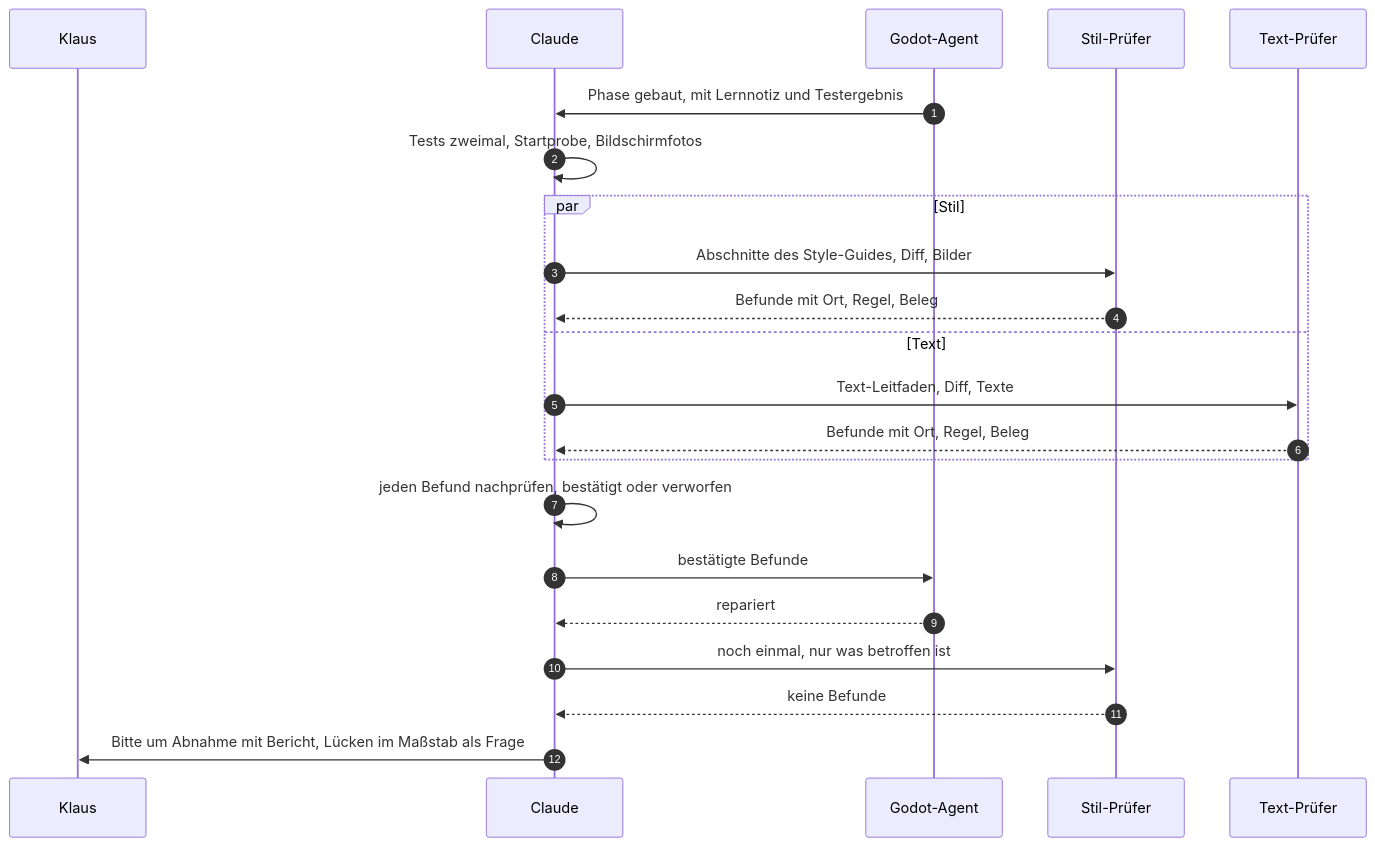
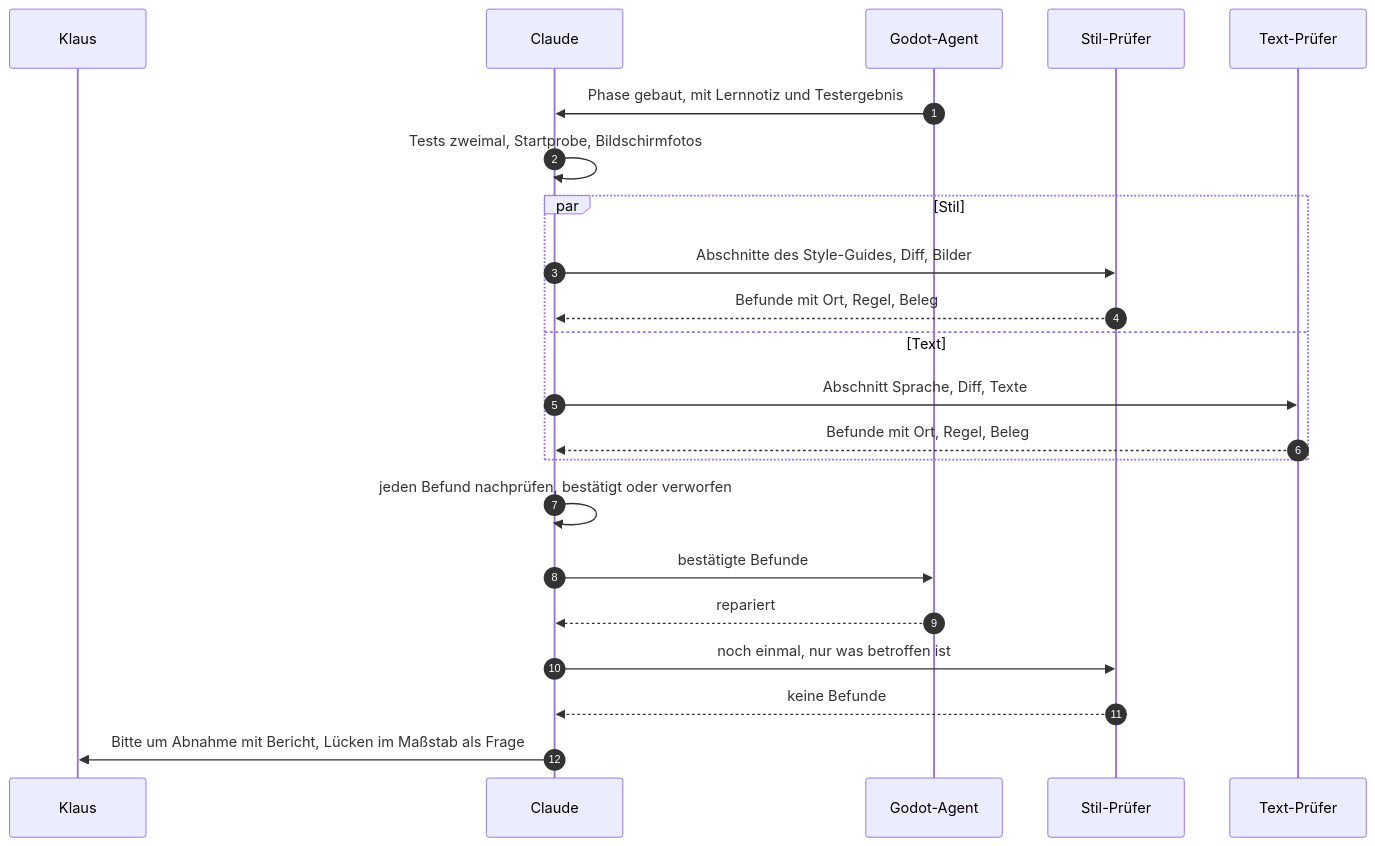
The second of 3 diagrams in docs/ki_workflow/ki_pruefung.md (klausmoster/DerComputerladen), drawn with Mermaid before and after one commit. The commit also changed other lines of this file and 3 other files, not shown here.

First line of the commit message:
KI-Workflow Schritt 4: Abschnitt Sprache im Style-Guide

````diff
--- a/docs/ki_workflow/ki_pruefung.md
+++ b/docs/ki_workflow/ki_pruefung.md
@@ -126,24 +128,24 @@
 ```mermaid
 sequenceDiagram
     autonumber
     participant K as Klaus
     participant C as Claude
     participant A as Godot-Agent
     participant S as Stil-Prüfer
     participant X as Text-Prüfer
     A->>C: Phase gebaut, mit Lernnotiz und Testergebnis
     C->>C: Tests zweimal, Startprobe, Bildschirmfotos
     par Stil
         C->>S: Abschnitte des Style-Guides, Diff, Bilder
         S-->>C: Befunde mit Ort, Regel, Beleg
     and Text
-        C->>X: Text-Leitfaden, Diff, Texte
+        C->>X: Abschnitt Sprache, Diff, Texte
         X-->>C: Befunde mit Ort, Regel, Beleg
     end
     C->>C: jeden Befund nachprüfen, bestätigt oder verworfen
     C->>A: bestätigte Befunde
     A-->>C: repariert
     C->>S: noch einmal, nur was betroffen ist
     S-->>C: keine Befunde
     C->>K: Bitte um Abnahme mit Bericht, Lücken im Maßstab als Frage
 ```
````
